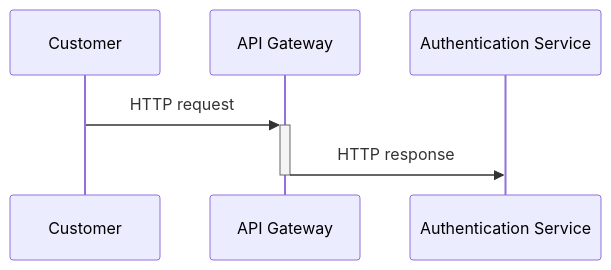
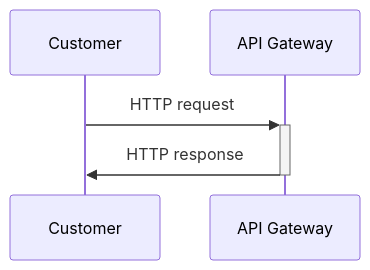
One commit to valentaiga/article-platform changed the first of 4 diagrams in README.md. Above: the diagram before and after it, drawn with Mermaid. The commit also changed other lines of this file, not shown here.

Commit message:
Diagrams fix

````diff
--- a/README.md
+++ b/README.md
@@ -16,8 +16,8 @@
 ```mermaid
 sequenceDiagram
     participant Customer
     participant API Gateway
     
     Customer ->>+API Gateway:HTTP request
-    API Gateway ->>-Authentication Service: HTTP response
+    API Gateway ->>-Customer: HTTP response
 ```
````
